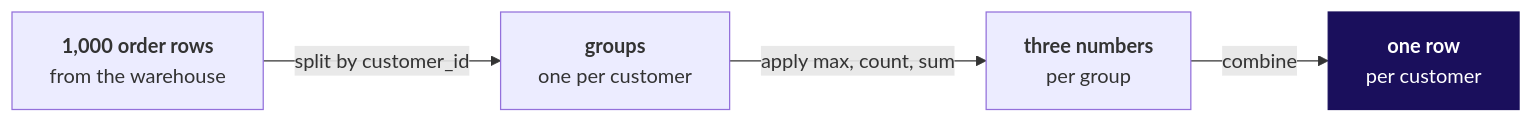
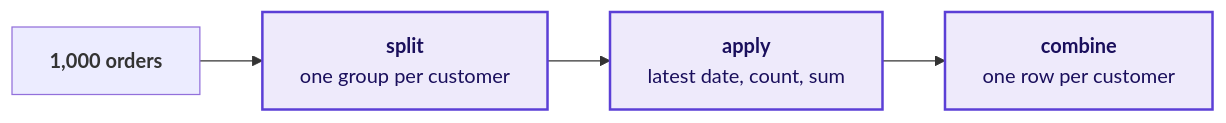
The fourth of 19 diagrams in content/W02/D4/slides/C2_W02_D04_half1_STUDENT.md (fde-academy-lab/c2-content-factory), drawn with Mermaid before and after one commit. The commit also changed other lines of this file and 9 other files, not shown here.

````diff
--- a/content/W02/D4/slides/C2_W02_D04_half1_STUDENT.md
+++ b/content/W02/D4/slides/C2_W02_D04_half1_STUDENT.md
@@ -158,8 +231,8 @@
 ```mermaid
 flowchart LR
-    R["<b>1,000 order rows</b><br/>from the warehouse"] -->|"split by customer_id"| G["<b>groups</b><br/>one per customer"]
-    G -->|"apply max, count, sum"| A["<b>three numbers</b><br/>per group"]
-    A -->|"combine"| T["<b>one row</b><br/>per customer"]
-    classDef bet fill:#1A0F5C,stroke:#1A0F5C,color:#FFFFFF
-    class T bet
+    O["<b>1,000 orders</b>"] --> S["<b>split</b><br/>one group per customer"]
+    S --> A["<b>apply</b><br/>latest date, count, sum"]
+    A --> C["<b>combine</b><br/>one row per customer"]
+    classDef known fill:#EEEAFB,stroke:#5B3FD6,color:#1A0F5C,stroke-width:2px
+    class S,A,C known
 ```
````
